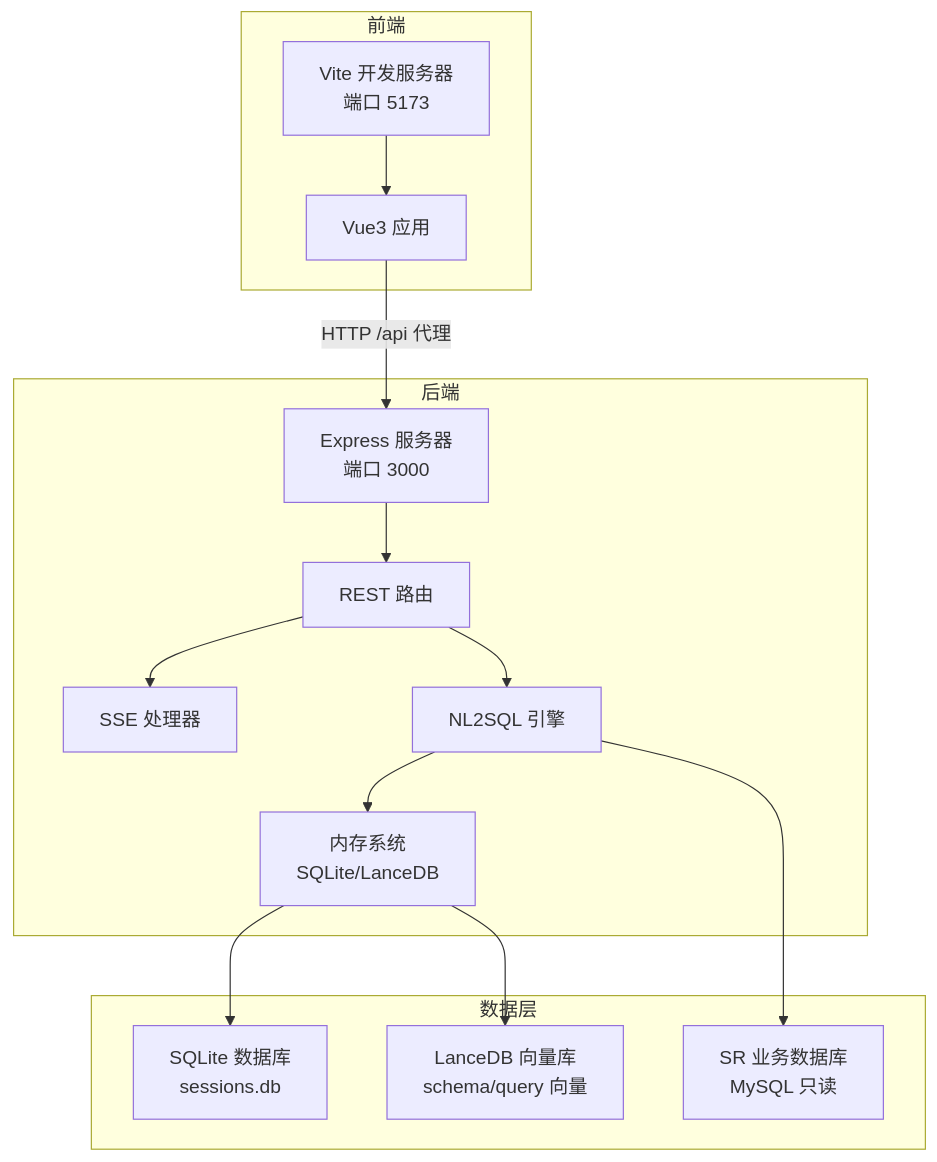
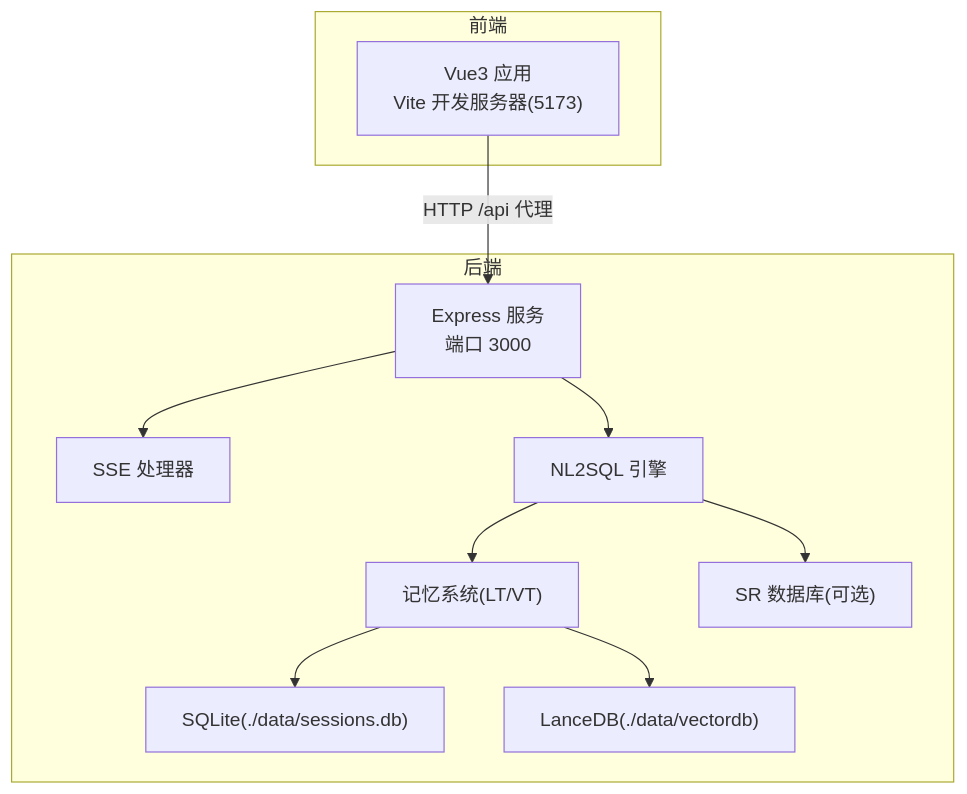
The first of 3 diagrams in NL2SQL/.qoder/repowiki/zh/content/快速开始.md (HanHuiOnLine/724-office), drawn with Mermaid before and after one commit. The commit also changed other lines of this file and 203 other files, not shown here.

````diff
--- a/NL2SQL/.qoder/repowiki/zh/content/快速开始.md
+++ b/NL2SQL/.qoder/repowiki/zh/content/快速开始.md
@@ -48,28 +40,22 @@
 ```mermaid
 graph TB
 subgraph "前端"
-FE_Vite["Vite 开发服务器<br/>端口 5173"]
-FE_App["Vue3 应用"]
+FE["Vue3 应用<br/>Vite 开发服务器(5173)"]
 end
 subgraph "后端"
-BE_Express["Express 服务器<br/>端口 3000"]
-BE_Routes["REST 路由"]
-BE_SSE["SSE 处理器"]
-BE_Engine["NL2SQL 引擎"]
-BE_Memory["内存系统<br/>SQLite/LanceDB"]
+BE["Express 服务<br/>端口 3000"]
+SSE["SSE 处理器"]
+ENG["NL2SQL 引擎"]
+MEM["记忆系统(LT/VT)"]
+DB["SQLite(./data/sessions.db)"]
+VDB["LanceDB(./data/vectordb)"]
+SR["SR 数据库(可选)"]
 end
-subgraph "数据层"
-DB_SQLite["SQLite 数据库<br/>sessions.db"]
-DB_Vector["LanceDB 向量库<br/>schema/query 向量"]
-DB_SR["SR 业务数据库<br/>MySQL 只读"]
-end
-FE_Vite --> FE_App
-FE_App --> |"HTTP /api 代理"| BE_Express
-BE_Express --> BE_Routes
-BE_Routes --> BE_SSE
-BE_Routes --> BE_Engine
-BE_Engine --> BE_Memory
-BE_Memory --> DB_SQLite
-BE_Memory --> DB_Vector
-BE_Engine --> DB_SR
+FE --> |"HTTP /api 代理"| BE
+BE --> SSE
+BE --> ENG
+ENG --> MEM
+MEM --> DB
+MEM --> VDB
+ENG --> SR
 ```
````
